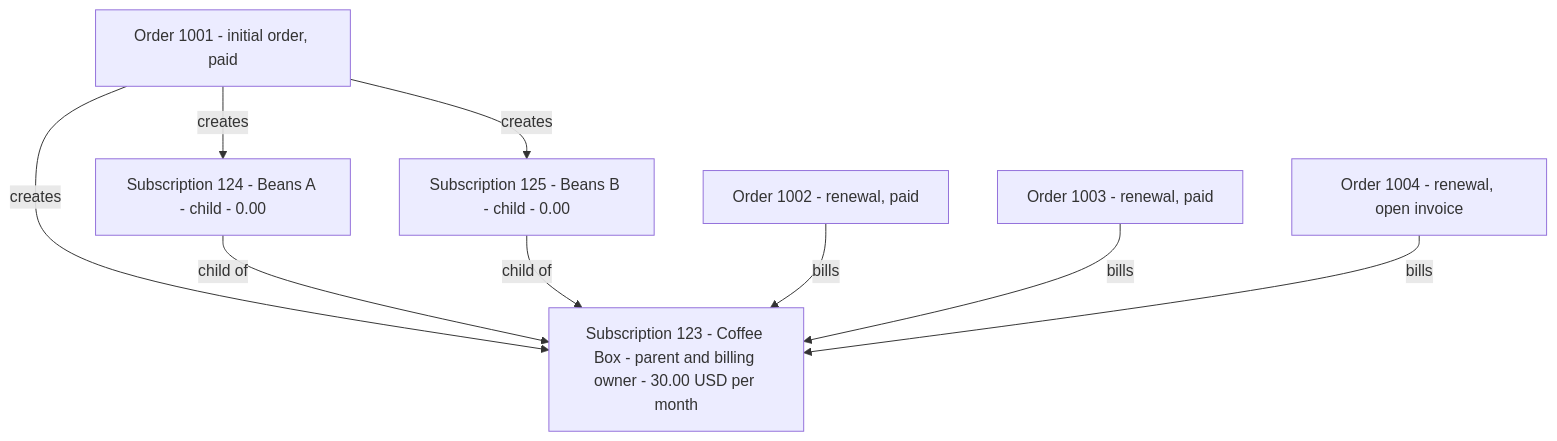
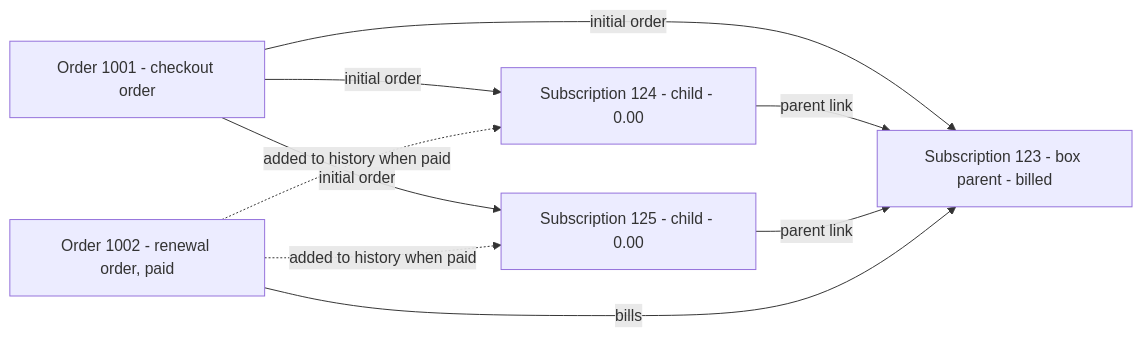
One commit to emranio/arraysubs-usermanual changed the diagram in markdowns/developers/subscription-relationships-and-orders.md. Above: the diagram before and after it, drawn with Mermaid. The commit also changed other lines of this file and 31 other files, not shown here.

````diff
--- a/markdowns/developers/subscription-relationships-and-orders.md
+++ b/markdowns/developers/subscription-relationships-and-orders.md
@@ -65,18 +66,16 @@
 ```mermaid
-flowchart TB
-    O1001["Order 1001 - initial order, paid"]
-    S123["Subscription 123 - Coffee Box - parent and billing owner - 30.00 USD per month"]
-    S124["Subscription 124 - Beans A - child - 0.00"]
-    S125["Subscription 125 - Beans B - child - 0.00"]
-    O1002["Order 1002 - renewal, paid"]
-    O1003["Order 1003 - renewal, paid"]
-    O1004["Order 1004 - renewal, open invoice"]
-    O1001 -->|creates| S123
-    O1001 -->|creates| S124
-    O1001 -->|creates| S125
-    S124 -->|child of| S123
-    S125 -->|child of| S123
+flowchart LR
+    O1001["Order 1001 - checkout order"]
+    O1002["Order 1002 - renewal order, paid"]
+    S123["Subscription 123 - box parent - billed"]
+    S124["Subscription 124 - child - 0.00"]
+    S125["Subscription 125 - child - 0.00"]
+    O1001 -->|initial order| S123
+    O1001 -->|initial order| S124
+    O1001 -->|initial order| S125
+    S124 -->|parent link| S123
+    S125 -->|parent link| S123
     O1002 -->|bills| S123
-    O1003 -->|bills| S123
-    O1004 -->|bills| S123
+    O1002 -.->|added to history when paid| S124
+    O1002 -.->|added to history when paid| S125
 ```
````
